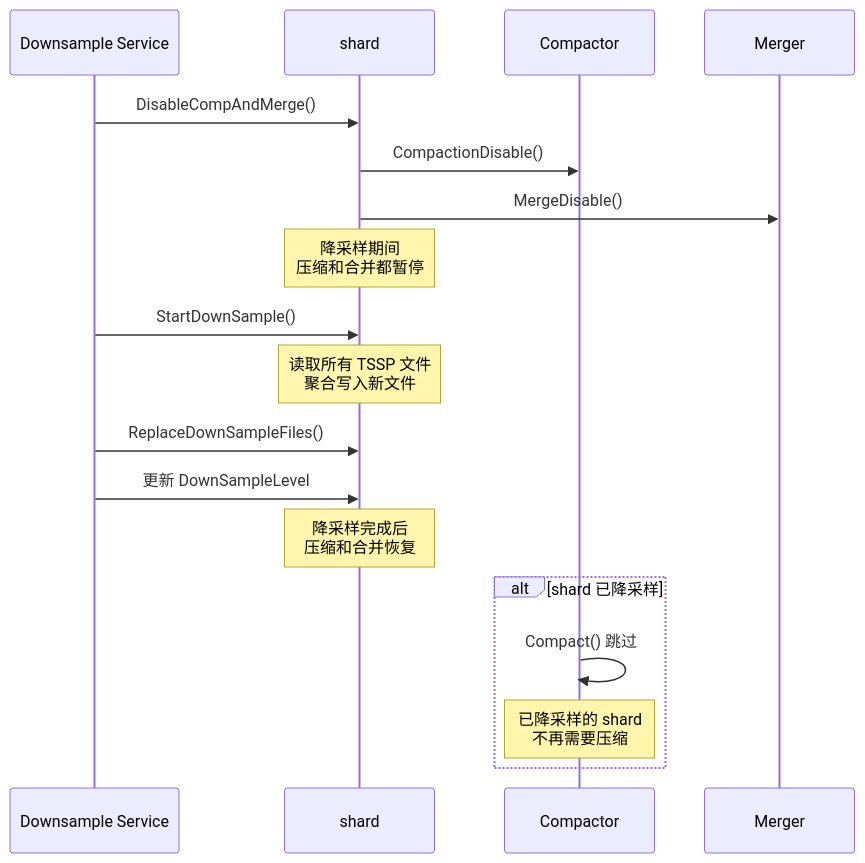
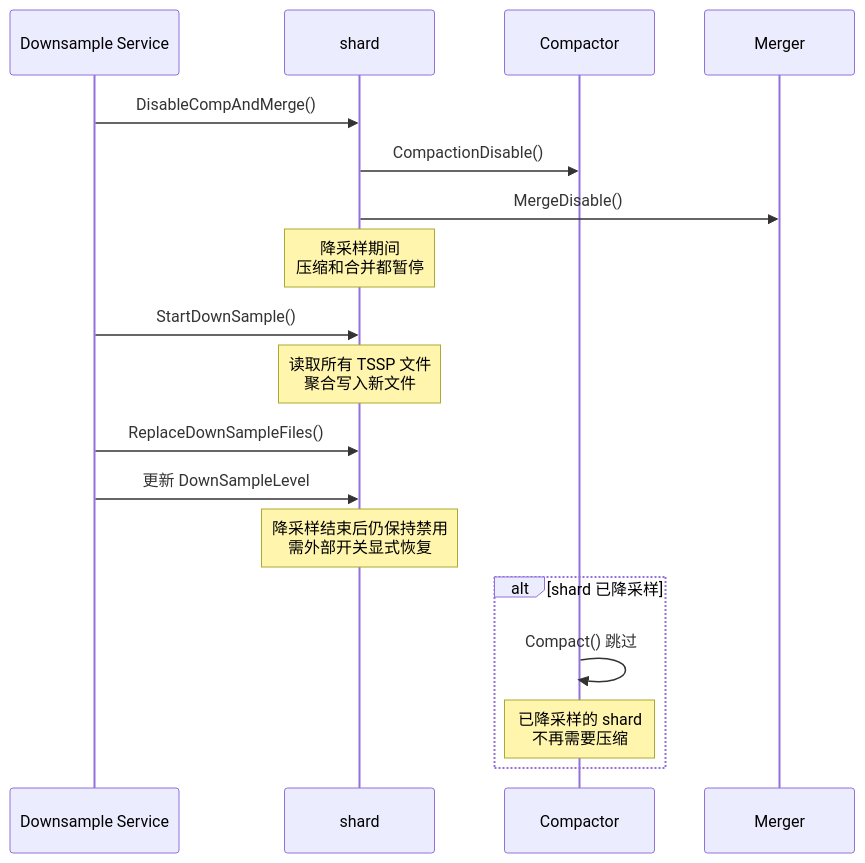
Before and after one commit to stefanv5/openGemini: diagram 20 of 33 in docs/specs/04_background_tasks_spec.md, drawn with Mermaid. The commit also changed other lines of this file and 37 other files, not shown here.

````diff
--- a/docs/specs/04_background_tasks_spec.md
+++ b/docs/specs/04_background_tasks_spec.md
@@ -1976,26 +1980,26 @@
 ```mermaid
 sequenceDiagram
     participant Down as Downsample Service
     participant Shard as shard
     participant Comp as Compactor
     participant Merge as Merger
 
     Down->>Shard: DisableCompAndMerge()
     Shard->>Comp: CompactionDisable()
     Shard->>Merge: MergeDisable()
 
     Note over Shard: 降采样期间<br/>压缩和合并都暂停
 
     Down->>Shard: StartDownSample()
     Note over Shard: 读取所有 TSSP 文件<br/>聚合写入新文件
 
     Down->>Shard: ReplaceDownSampleFiles()
     Down->>Shard: 更新 DownSampleLevel
 
-    Note over Shard: 降采样完成后<br/>压缩和合并恢复
+    Note over Shard: 降采样结束后仍保持禁用<br/>需外部开关显式恢复
 
     alt shard 已降采样
         Comp->>Comp: Compact() 跳过
         Note over Comp: 已降采样的 shard<br/>不再需要压缩
     end
 ```
````
